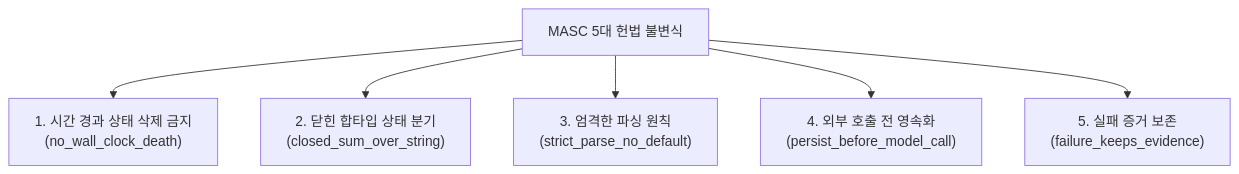
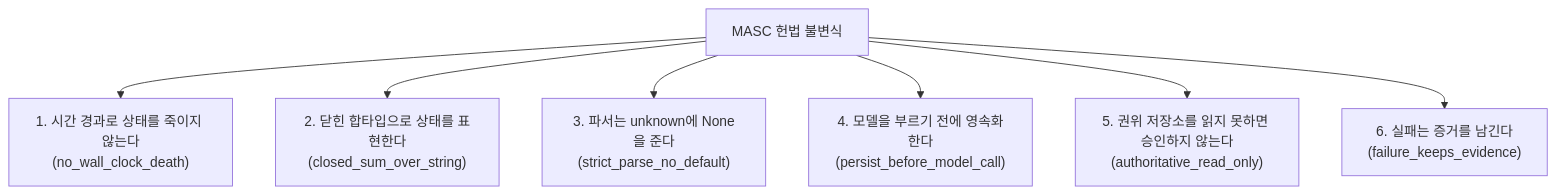
The diagram in docs-site/src/content/docs/ko/architecture/constitution.md (jeong-sik/masc), drawn with Mermaid before and after one commit. The commit also changed other lines of this file and 17 other files, not shown here.

First line of the commit message:
docs(site): correct the architecture pages against the constitution and live code

````diff
--- a/docs-site/src/content/docs/ko/architecture/constitution.md
+++ b/docs-site/src/content/docs/ko/architecture/constitution.md
@@ -12,9 +12,10 @@
 ```mermaid
 flowchart TD
-    ROOT["MASC 5대 헌법 불변식"]
-    ROOT --> P1["1. 시간 경과 상태 삭제 금지<br/>(no_wall_clock_death)"]
-    ROOT --> P2["2. 닫힌 합타입 상태 분기<br/>(closed_sum_over_string)"]
-    ROOT --> P3["3. 엄격한 파싱 원칙<br/>(strict_parse_no_default)"]
-    ROOT --> P4["4. 외부 호출 전 영속화<br/>(persist_before_model_call)"]
-    ROOT --> P5["5. 실패 증거 보존<br/>(failure_keeps_evidence)"]
+    ROOT["MASC 헌법 불변식"]
+    ROOT --> P1["1. 시간 경과로 상태를 죽이지 않는다<br/>(no_wall_clock_death)"]
+    ROOT --> P2["2. 닫힌 합타입으로 상태를 표현한다<br/>(closed_sum_over_string)"]
+    ROOT --> P3["3. 파서는 unknown에 None을 준다<br/>(strict_parse_no_default)"]
+    ROOT --> P4["4. 모델을 부르기 전에 영속화한다<br/>(persist_before_model_call)"]
+    ROOT --> P5["5. 권위 저장소를 읽지 못하면 승인하지 않는다<br/>(authoritative_read_only)"]
+    ROOT --> P6["6. 실패는 증거를 남긴다<br/>(failure_keeps_evidence)"]
 ```
````
